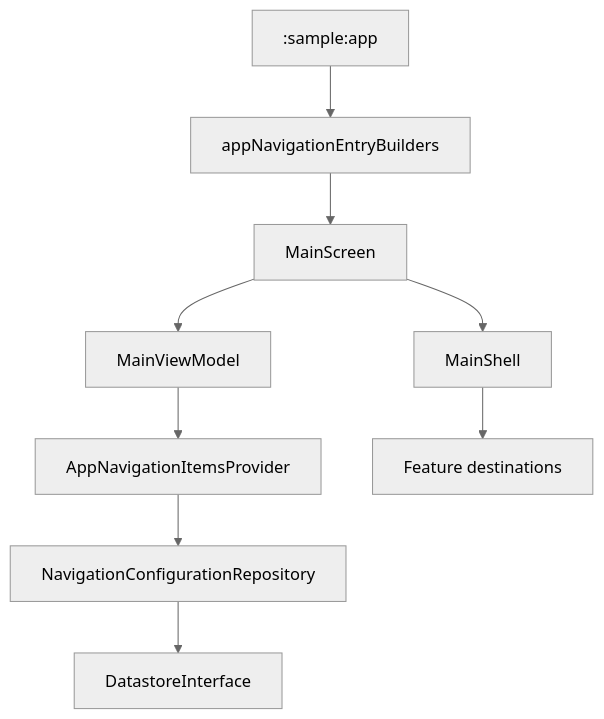
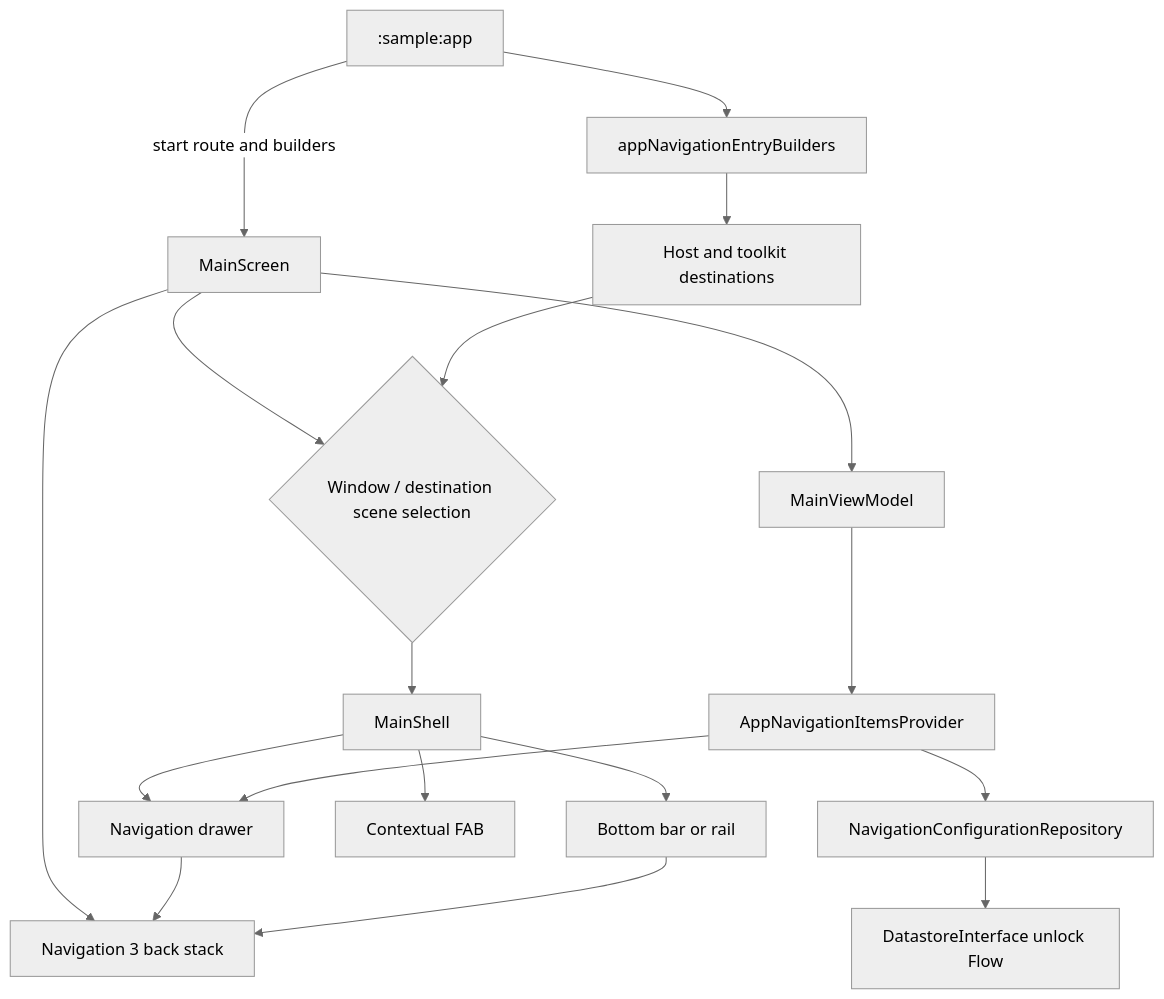
One commit to MihaiCristianCondrea/App-Toolkit-for-Android changed the diagram in sample/feature/home/README.md. Above: the diagram before and after it, drawn with Mermaid (neutral theme). The commit also changed other lines of this file and 57 other files, not shown here.

````diff
--- a/sample/feature/home/README.md
+++ b/sample/feature/home/README.md
@@ -35,11 +35,20 @@
 ```mermaid
 flowchart TD
-    App[":sample:app"] --> Builders[appNavigationEntryBuilders]
-    Builders --> Screen[MainScreen]
-    Screen --> Shell[MainShell]
+    App[":sample:app"] -->|start route and builders| Screen[MainScreen]
+    Screen --> BackStack[Navigation 3 back stack]
+    Screen --> Scene{Window / destination scene selection}
+    Scene --> Shell[MainShell]
+    Shell --> Drawer[Navigation drawer]
+    Shell --> Bottom[Bottom bar or rail]
+    Shell --> Fab[Contextual FAB]
     Screen --> VM[MainViewModel]
     VM --> Provider[AppNavigationItemsProvider]
     Provider --> NavRepo[NavigationConfigurationRepository]
-    NavRepo --> Store[DatastoreInterface]
-    Shell --> Entries[Feature destinations]
+    NavRepo --> Store[DatastoreInterface unlock Flow]
+    Provider --> Drawer
+    App --> Builders[appNavigationEntryBuilders]
+    Builders --> Entries[Host and toolkit destinations]
+    Entries --> Scene
+    Drawer --> BackStack
+    Bottom --> BackStack
 ```
````
